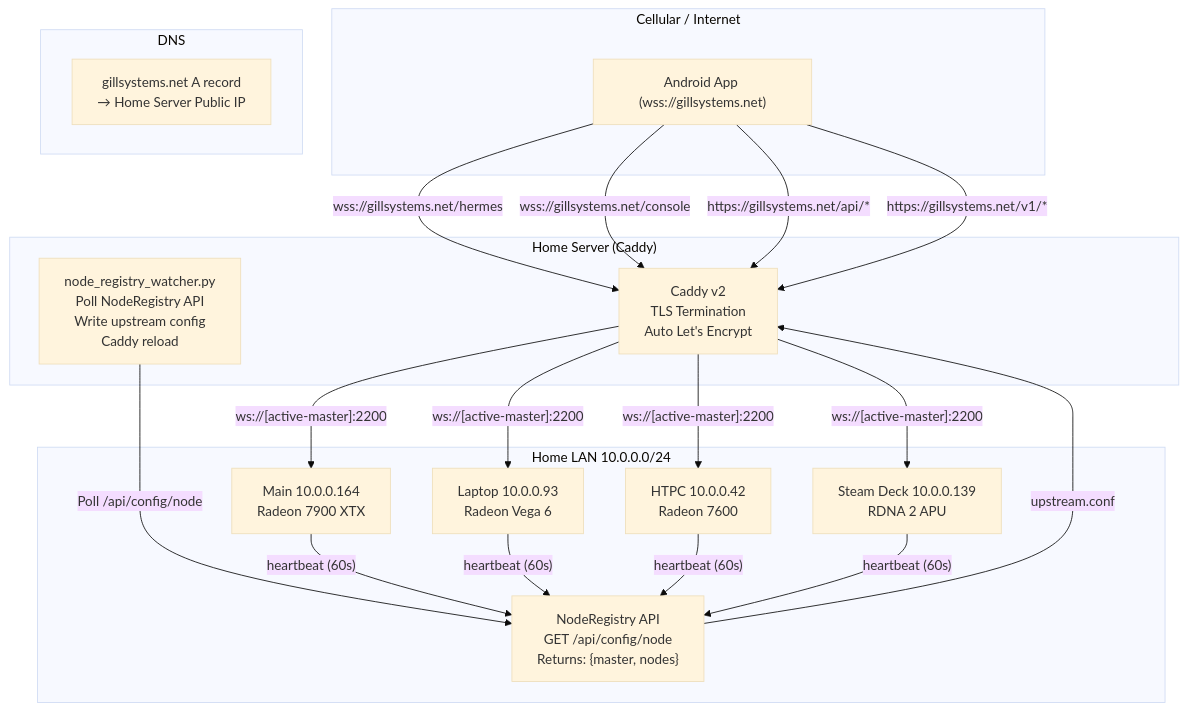
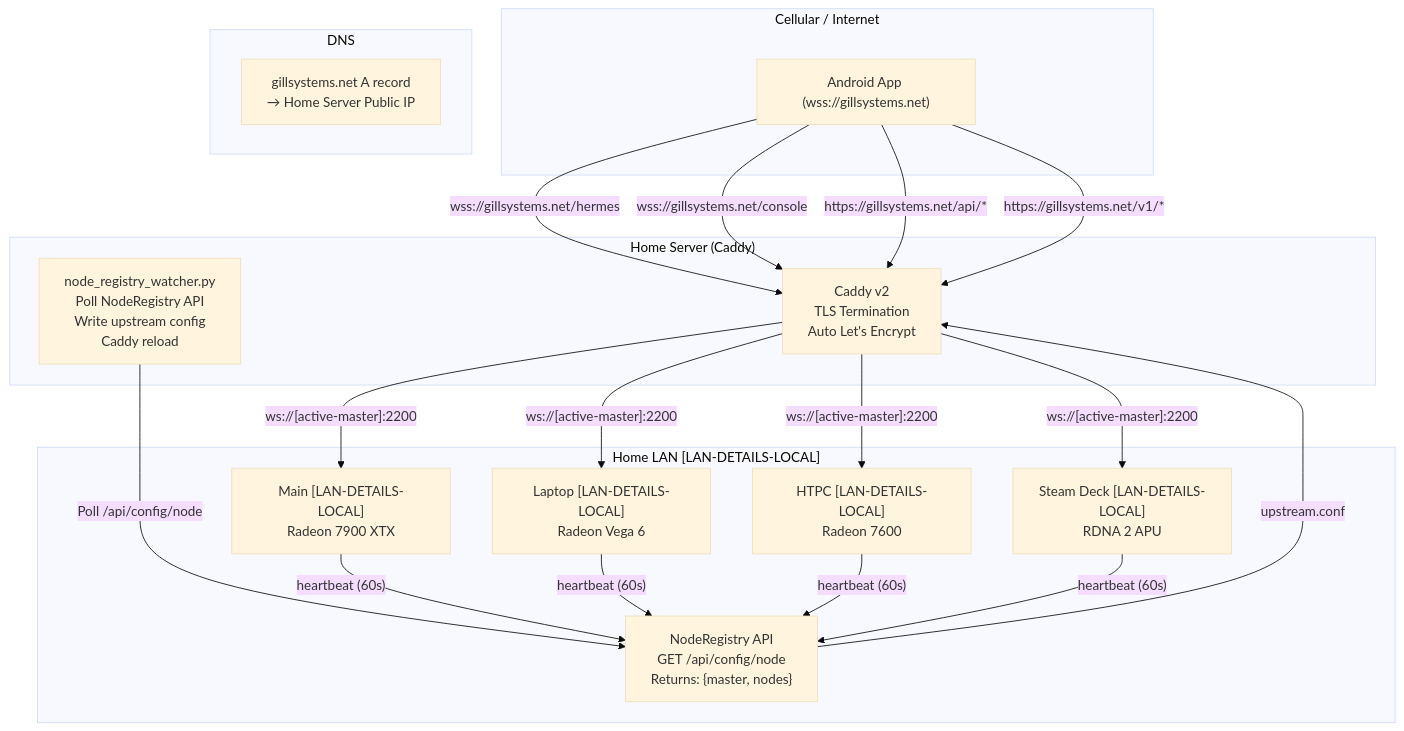
Before and after one commit to OCNGill/gillsystems.net: the first of 2 diagrams in plans/caddy-wss-node-registry-plan.md, drawn with Mermaid (base theme). The commit also changed other lines of this file and 16 other files, not shown here.

````diff
--- a/plans/caddy-wss-node-registry-plan.md
+++ b/plans/caddy-wss-node-registry-plan.md
@@ -22,41 +22,41 @@
 ```mermaid
 flowchart TD
     subgraph WAN["Cellular / Internet"]
         ANDROID["Android App (wss://gillsystems.net)"]
     end
 
     subgraph DNS["DNS"]
         A["gillsystems.net A record\n→ Home Server Public IP"]
     end
 
     subgraph INGRESS["Home Server (Caddy)"]
         CADDY["Caddy v2\nTLS Termination\nAuto Let's Encrypt"]
         WATCHER["node_registry_watcher.py\nPoll NodeRegistry API\nWrite upstream config\nCaddy reload"]
     end
 
-    subgraph LAN["Home LAN 10.0.0.0/24"]
+    subgraph LAN["Home LAN [LAN-DETAILS-LOCAL]"]
         NR["NodeRegistry API\nGET /api/config/node\nReturns: {master, nodes}"]
         
-        MAIN["Main 10.0.0.164\nRadeon 7900 XTX"]
-        LAP["Laptop 10.0.0.93\nRadeon Vega 6"]
-        HTPC["HTPC 10.0.0.42\nRadeon 7600"]
-        SD["Steam Deck 10.0.0.139\nRDNA 2 APU"]
+        MAIN["Main [LAN-DETAILS-LOCAL]\nRadeon 7900 XTX"]
+        LAP["Laptop [LAN-DETAILS-LOCAL]\nRadeon Vega 6"]
+        HTPC["HTPC [LAN-DETAILS-LOCAL]\nRadeon 7600"]
+        SD["Steam Deck [LAN-DETAILS-LOCAL]\nRDNA 2 APU"]
     end
 
     ANDROID -->|"wss://gillsystems.net/hermes"| CADDY
     ANDROID -->|"wss://gillsystems.net/console"| CADDY
     ANDROID -->|"https://gillsystems.net/api/*"| CADDY
     ANDROID -->|"https://gillsystems.net/v1/*"| CADDY
 
     CADDY -->|"ws://[active-master]:2200"| MAIN
     CADDY -->|"ws://[active-master]:2200"| LAP
     CADDY -->|"ws://[active-master]:2200"| HTPC
     CADDY -->|"ws://[active-master]:2200"| SD
 
     WATCHER -->|"Poll /api/config/node"| NR
     MAIN -->|"heartbeat (60s)"| NR
     LAP -->|"heartbeat (60s)"| NR
     HTPC -->|"heartbeat (60s)"| NR
     SD -->|"heartbeat (60s)"| NR
     NR -->|"upstream.conf"| CADDY
 ```
````
